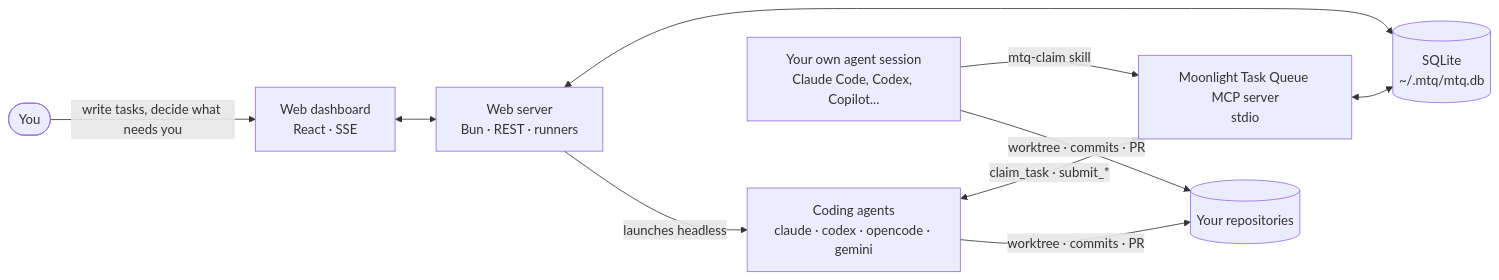
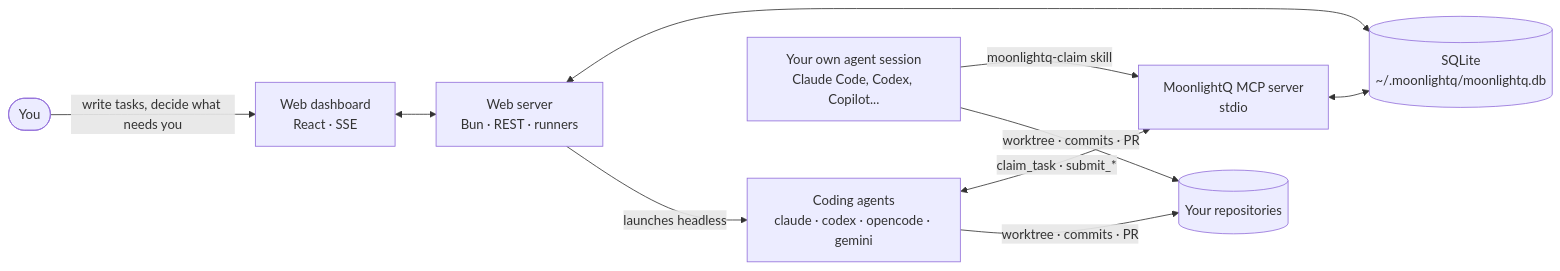
One commit to sergiowero/agent-task-queue changed the first of 3 diagrams in README.md. Above: the diagram before and after it, drawn with Mermaid. The commit also changed other lines of this file and 142 other files, not shown here.

````diff
--- a/README.md
+++ b/README.md
@@ -63,12 +63,12 @@
 ```mermaid
 flowchart LR
     you([You]) -->|write tasks, decide what needs you| ui["Web dashboard<br/>React · SSE"]
     ui <--> server["Web server<br/>Bun · REST · runners"]
-    server <--> db[("SQLite<br/>~/.mtq/mtq.db")]
+    server <--> db[("SQLite<br/>~/.moonlightq/moonlightq.db")]
     server -->|launches headless| agents["Coding agents<br/>claude · codex · opencode · gemini"]
-    ide["Your own agent session<br/>Claude Code, Codex, Copilot..."] -->|mtq-claim skill| mcp
-    agents <-->|claim_task · submit_*| mcp["Moonlight Task Queue MCP server<br/>stdio"]
+    ide["Your own agent session<br/>Claude Code, Codex, Copilot..."] -->|moonlightq-claim skill| mcp
+    agents <-->|claim_task · submit_*| mcp["MoonlightQ MCP server<br/>stdio"]
     mcp <--> db
     agents -->|worktree · commits · PR| repo[("Your repositories")]
     ide -->|worktree · commits · PR| repo
 ```
````
